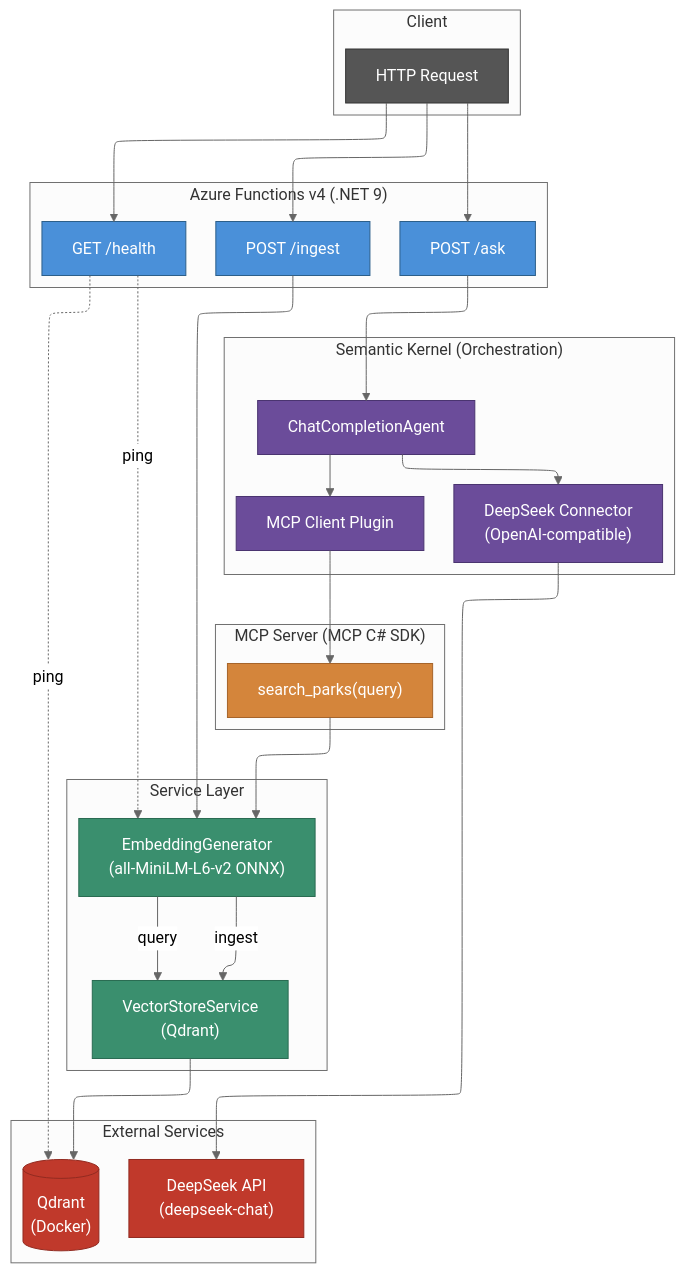
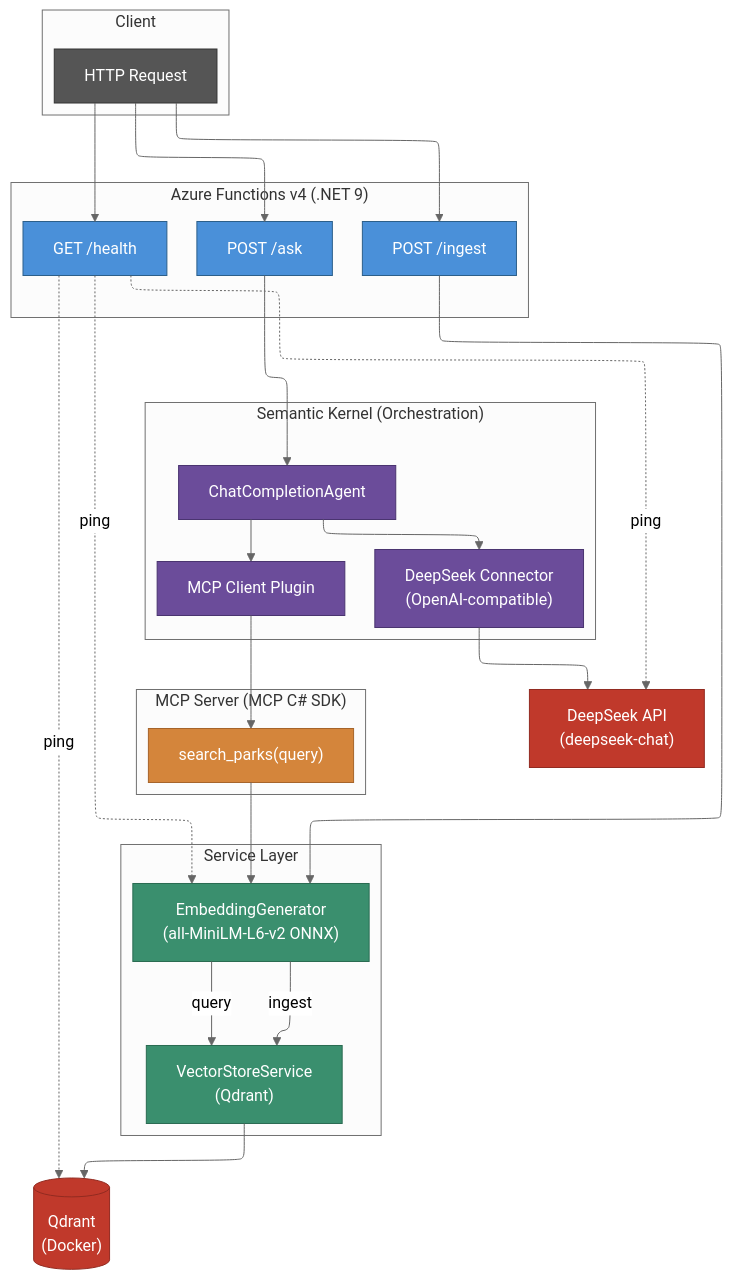
One commit to BlueEmb3r/ParkKnowledgeAPI changed the diagram in README.md. Above: the diagram before and after it, drawn with Mermaid (neutral theme).

Commit message:
Update README.md to improve architecture diagram clarity

````diff
--- a/README.md
+++ b/README.md
@@ -59,69 +59,70 @@
 ```mermaid
 %%{init: {"flowchart": {"defaultRenderer": "elk"}} }%%
 graph TB
     subgraph CLIENT["Client"]
         REQ["HTTP Request"]
     end
 
     subgraph AF["Azure Functions v4 (.NET 9)"]
         INGEST["POST /ingest"]
         ASK["POST /ask"]
         HEALTH["GET /health"]
     end
 
     subgraph SK["Semantic Kernel (Orchestration)"]
         AGENT["ChatCompletionAgent"]
         MCPC["MCP Client Plugin"]
         DSCN["DeepSeek Connector<br/>(OpenAI-compatible)"]
     end
 
     subgraph MCP["MCP Server (MCP C# SDK)"]
         SEARCH["search_parks(query)"]
     end
 
     subgraph SERVICES["Service Layer"]
         EMBED["EmbeddingGenerator<br/>(all-MiniLM-L6-v2 ONNX)"]
         VSVC["VectorStoreService<br/>(Qdrant)"]
     end
 
-    subgraph EXTERNAL["External Services"]
+    %% subgraph EXTERNAL["External Services"]
         QDRANT[("Qdrant<br/>(Docker)")]
         DS["DeepSeek API<br/>(deepseek-chat)"]
-    end
+    %% end
 
     %% Ingestion flow
     REQ --> INGEST
     INGEST --> EMBED
     EMBED --> |ingest| VSVC
     VSVC --> QDRANT
 
     %% Ask flow
     REQ --> ASK
     ASK --> AGENT
     AGENT --> MCPC
     MCPC --> SEARCH
     SEARCH --> EMBED
     EMBED --> |query| VSVC
     AGENT --> DSCN
     DSCN --> DS
 
     %% Health flow
     REQ --> HEALTH
     HEALTH -.->|ping| QDRANT
     HEALTH -.->|ping| EMBED
+    HEALTH -.->|ping| DS
 
     %% Styling
     classDef funcStyle fill:#4A90D9,stroke:#2C5F8A,color:#fff
     classDef skStyle fill:#6B4C9A,stroke:#4A3470,color:#fff
     classDef mcpStyle fill:#D4853B,stroke:#A6642A,color:#fff
     classDef svcStyle fill:#3A8F6E,stroke:#2A6B52,color:#fff
     classDef extStyle fill:#C0392B,stroke:#922B21,color:#fff
     classDef clientStyle fill:#555,stroke:#333,color:#fff
 
     class INGEST,ASK,HEALTH funcStyle
     class AGENT,MCPC,DSCN skStyle
     class SEARCH mcpStyle
     class EMBED,CHUNK,VSVC svcStyle
     class QDRANT,DS extStyle
     class REQ clientStyle
 ```
````
